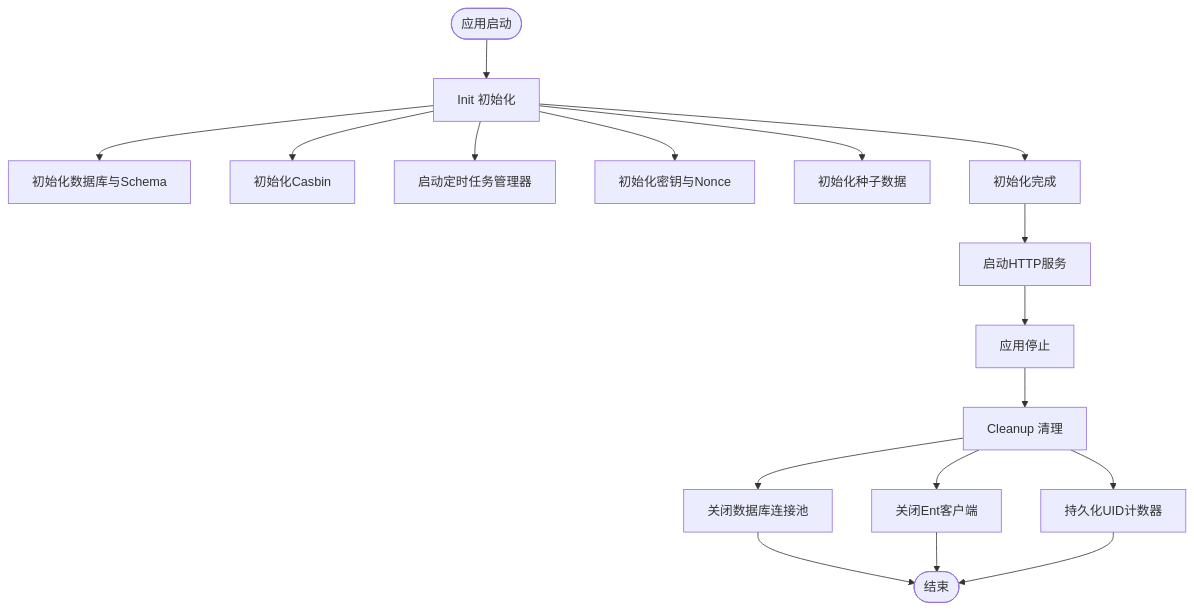
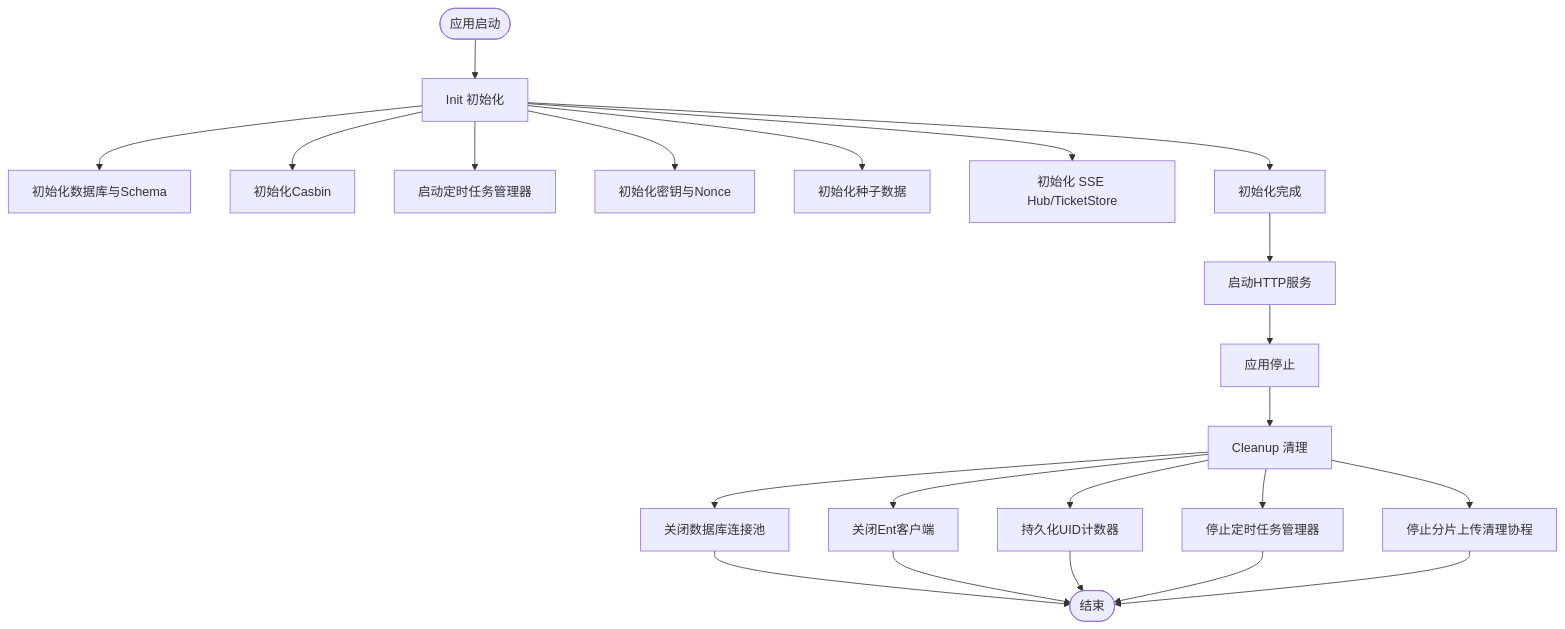
The fourth of 8 diagrams in .qoder/repowiki/zh/content/开发指南/开发指南.md (wuwuseo/e-sports-go-admin), drawn with Mermaid before and after one commit. The commit also changed other lines of this file and 42 other files, not shown here.

````diff
--- a/.qoder/repowiki/zh/content/开发指南/开发指南.md
+++ b/.qoder/repowiki/zh/content/开发指南/开发指南.md
@@ -152,19 +158,24 @@
 ```mermaid
 flowchart TD
 Start(["应用启动"]) --> Init["Init 初始化"]
 Init --> DB["初始化数据库与Schema"]
 Init --> CB["初始化Casbin"]
 Init --> Cron["启动定时任务管理器"]
 Init --> Crypto["初始化密钥与Nonce"]
 Init --> Seed["初始化种子数据"]
+Init --> SSE["初始化 SSE Hub/TicketStore"]
 Init --> DoneInit["初始化完成"]
 DoneInit --> Run["启动HTTP服务"]
 Run --> Stop["应用停止"]
 Stop --> Clean["Cleanup 清理"]
 Clean --> CloseDB["关闭数据库连接池"]
 Clean --> CloseEnt["关闭Ent客户端"]
 Clean --> PersistUID["持久化UID计数器"]
+Clean --> StopCron["停止定时任务管理器"]
+Clean --> StopChunk["停止分片上传清理协程"]
 CloseDB --> End(["结束"])
 CloseEnt --> End
 PersistUID --> End
+StopCron --> End
+StopChunk --> End
 ```
````
